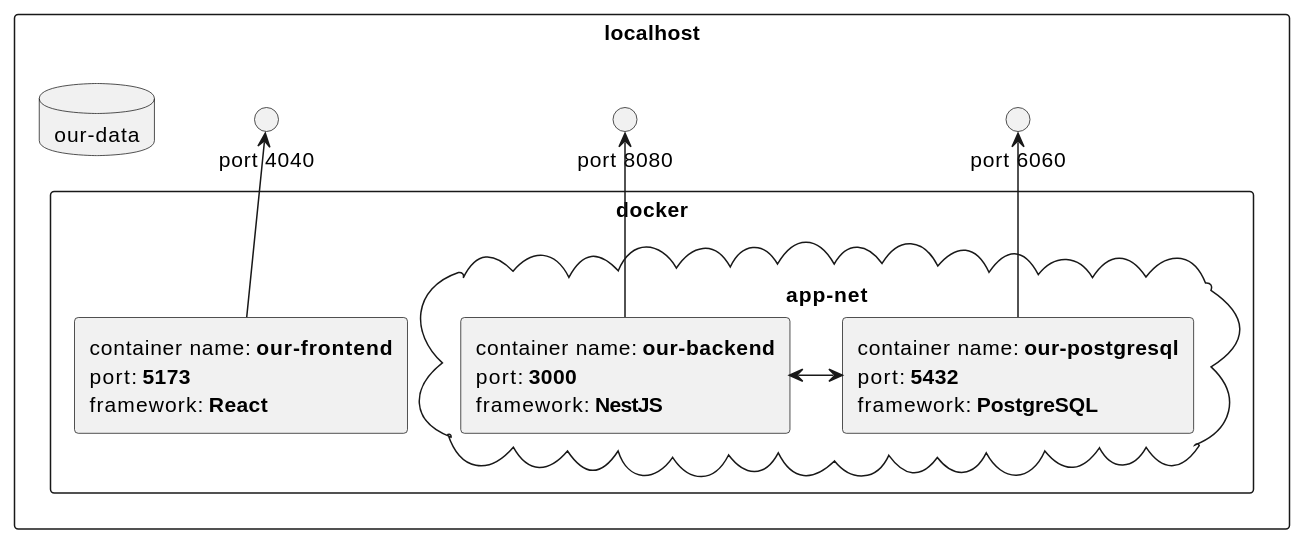
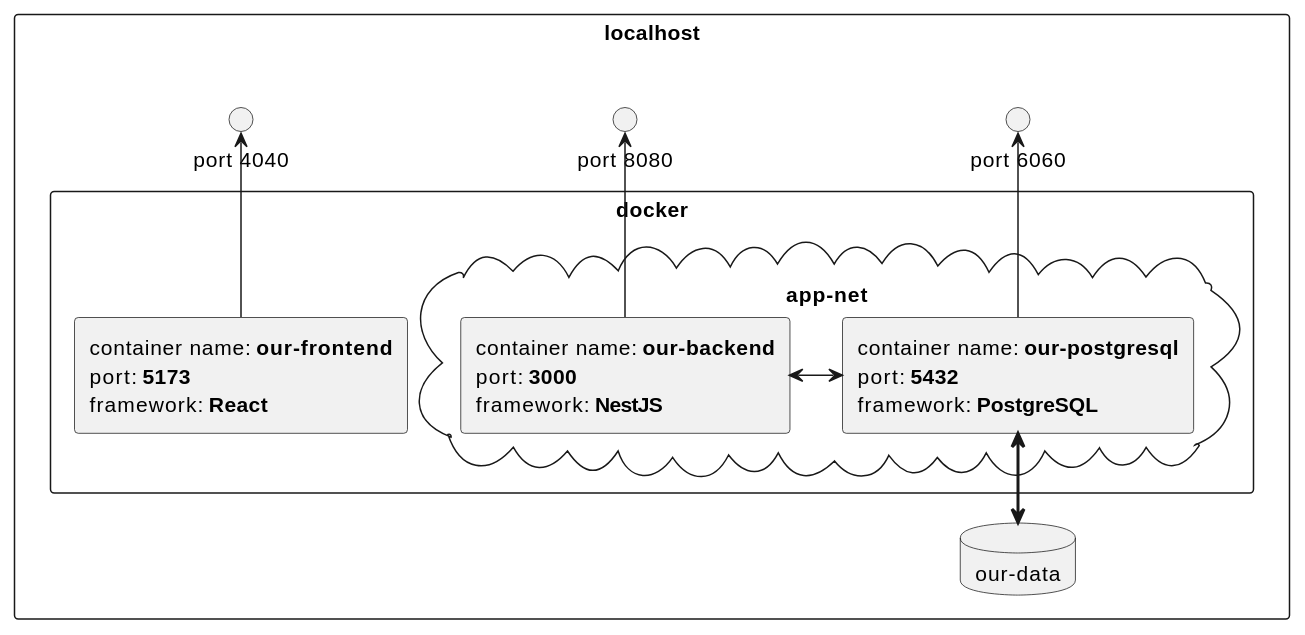
One commit to eprei/42_ft_transcendence changed the first of 2 diagrams in docs/README.adoc. Above: the diagram before and after it, drawn with PlantUML. The commit also changed 2 other files, not shown here.

Commit message:
docs: update docker.svg
link database and postgresql

```diff
--- a/docs/README.adoc
+++ b/docs/README.adoc
@@ -9,34 +9,35 @@
 [plantuml, target=assets/docker, format=svg, width=100%]
 ....
 rectangle localhost {
 	database "our-data" as our_data
 	circle "port 8080" as portout_nest
 	circle "port 6060" as portout_postgre
 	circle "port 4040" as portout_react
 
 	rectangle docker {
 		cloud app-net {
 			rectangle NestJS [
 				container name: <b>our-backend
 				port: <b>3000
 				framework: <b>NestJS
 			]
 			rectangle PostgreSQL [
 				container name: <b>our-postgresql
 				port: <b>5432
 				framework: <b>PostgreSQL
 			]
 		}
 		rectangle React [
 			container name: <b>our-frontend
 			port: <b>5173
 			framework: <b>React
 		]
 	}
 }
 
 NestJS -up-> portout_nest
 React -up-> portout_react
 PostgreSQL -up-> portout_postgre
 NestJS <-le-> PostgreSQL
+PostgreSQL <==> our_data
 ....
```
